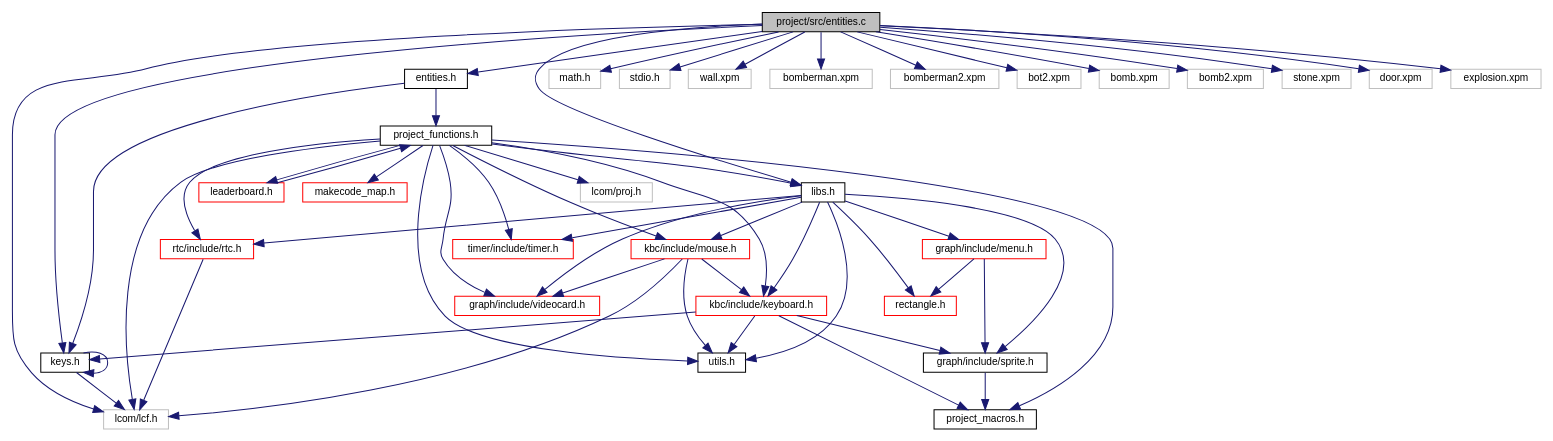
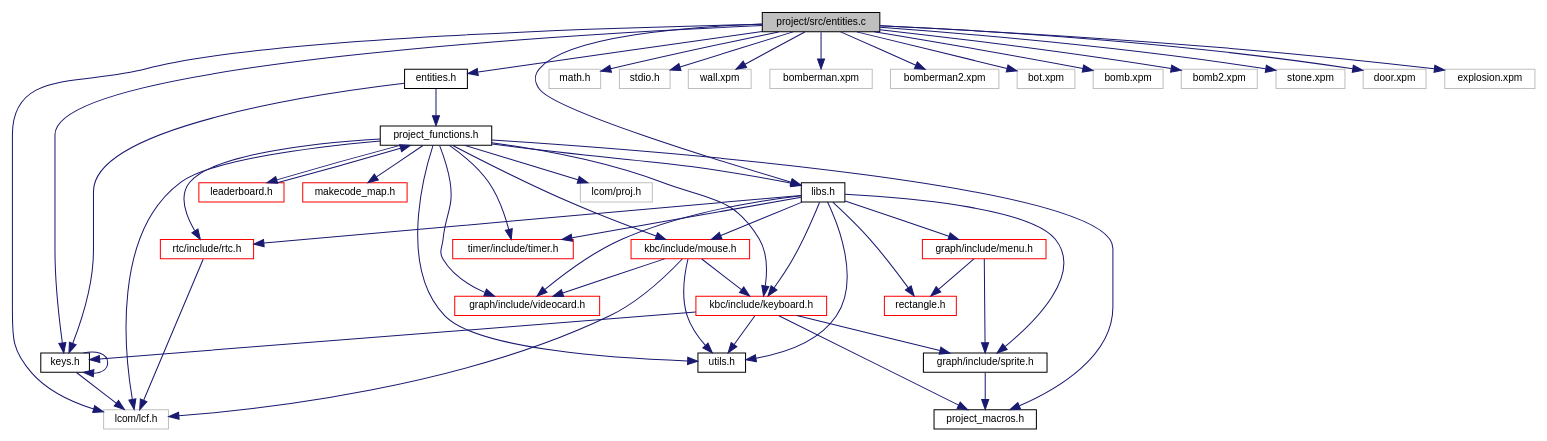
The diagram in proj/doc/DoxygenDocs/entities_8c__incl.dot (alexandreggc/LCOM_2122), drawn with Graphviz before and after one commit. The commit also changed 50 other files, not shown here.

```diff
--- a/proj/doc/DoxygenDocs/entities_8c__incl.dot
+++ b/proj/doc/DoxygenDocs/entities_8c__incl.dot
@@ -1,89 +1,89 @@
 digraph "project/src/entities.c"
 {
  // LATEX_PDF_SIZE
   edge [fontname="Helvetica",fontsize="10",labelfontname="Helvetica",labelfontsize="10"];
   node [fontname="Helvetica",fontsize="10",shape=record];
   Node1 [label="project/src/entities.c",height=0.2,width=0.4,color="black", fillcolor="grey75", style="filled", fontcolor="black",tooltip=" "];
   Node1 -> Node2 [color="midnightblue",fontsize="10",style="solid",fontname="Helvetica"];
   Node2 [label="lcom/lcf.h",height=0.2,width=0.4,color="grey75", fillcolor="white", style="filled",tooltip=" "];
   Node1 -> Node3 [color="midnightblue",fontsize="10",style="solid",fontname="Helvetica"];
   Node3 [label="entities.h",height=0.2,width=0.4,color="black", fillcolor="white", style="filled",URL="$entities_8h.html",tooltip=" "];
   Node3 -> Node4 [color="midnightblue",fontsize="10",style="solid",fontname="Helvetica"];
   Node4 [label="project_functions.h",height=0.2,width=0.4,color="black", fillcolor="white", style="filled",URL="$project__functions_8h.html",tooltip=" "];
   Node4 -> Node2 [color="midnightblue",fontsize="10",style="solid",fontname="Helvetica"];
   Node4 -> Node5 [color="midnightblue",fontsize="10",style="solid",fontname="Helvetica"];
   Node5 [label="lcom/proj.h",height=0.2,width=0.4,color="grey75", fillcolor="white", style="filled",tooltip=" "];
   Node4 -> Node6 [color="midnightblue",fontsize="10",style="solid",fontname="Helvetica"];
   Node6 [label="libs.h",height=0.2,width=0.4,color="black", fillcolor="white", style="filled",URL="$libs_8h.html",tooltip=" "];
   Node6 -> Node7 [color="midnightblue",fontsize="10",style="solid",fontname="Helvetica"];
   Node7 [label="graph/include/videocard.h",height=0.2,width=0.4,color="red", fillcolor="white", style="filled",URL="$videocard_8h.html",tooltip=" "];
   Node6 -> Node9 [color="midnightblue",fontsize="10",style="solid",fontname="Helvetica"];
   Node9 [label="graph/include/sprite.h",height=0.2,width=0.4,color="black", fillcolor="white", style="filled",URL="$sprite_8h.html",tooltip=" "];
   Node9 -> Node10 [color="midnightblue",fontsize="10",style="solid",fontname="Helvetica"];
   Node10 [label="project_macros.h",height=0.2,width=0.4,color="black", fillcolor="white", style="filled",URL="$project__macros_8h.html",tooltip=" "];
   Node6 -> Node11 [color="midnightblue",fontsize="10",style="solid",fontname="Helvetica"];
   Node11 [label="graph/include/menu.h",height=0.2,width=0.4,color="red", fillcolor="white", style="filled",URL="$menu_8h.html",tooltip=" "];
   Node11 -> Node12 [color="midnightblue",fontsize="10",style="solid",fontname="Helvetica"];
   Node12 [label="rectangle.h",height=0.2,width=0.4,color="red", fillcolor="white", style="filled",URL="$rectangle_8h.html",tooltip=" "];
   Node11 -> Node9 [color="midnightblue",fontsize="10",style="solid",fontname="Helvetica"];
   Node6 -> Node12 [color="midnightblue",fontsize="10",style="solid",fontname="Helvetica"];
   Node6 -> Node56 [color="midnightblue",fontsize="10",style="solid",fontname="Helvetica"];
   Node56 [label="kbc/include/keyboard.h",height=0.2,width=0.4,color="red", fillcolor="white", style="filled",URL="$keyboard_8h.html",tooltip=" "];
   Node56 -> Node58 [color="midnightblue",fontsize="10",style="solid",fontname="Helvetica"];
   Node58 [label="utils.h",height=0.2,width=0.4,color="black", fillcolor="white", style="filled",URL="$utils_8h.html",tooltip=" "];
   Node56 -> Node9 [color="midnightblue",fontsize="10",style="solid",fontname="Helvetica"];
   Node56 -> Node10 [color="midnightblue",fontsize="10",style="solid",fontname="Helvetica"];
   Node56 -> Node59 [color="midnightblue",fontsize="10",style="solid",fontname="Helvetica"];
   Node59 [label="keys.h",height=0.2,width=0.4,color="black", fillcolor="white", style="filled",URL="$keys_8h.html",tooltip=" "];
   Node59 -> Node2 [color="midnightblue",fontsize="10",style="solid",fontname="Helvetica"];
   Node59 -> Node59 [color="midnightblue",fontsize="10",style="solid",fontname="Helvetica"];
   Node6 -> Node60 [color="midnightblue",fontsize="10",style="solid",fontname="Helvetica"];
   Node60 [label="kbc/include/mouse.h",height=0.2,width=0.4,color="red", fillcolor="white", style="filled",URL="$mouse_8h.html",tooltip=" "];
   Node60 -> Node2 [color="midnightblue",fontsize="10",style="solid",fontname="Helvetica"];
   Node60 -> Node56 [color="midnightblue",fontsize="10",style="solid",fontname="Helvetica"];
   Node60 -> Node58 [color="midnightblue",fontsize="10",style="solid",fontname="Helvetica"];
   Node60 -> Node7 [color="midnightblue",fontsize="10",style="solid",fontname="Helvetica"];
   Node6 -> Node62 [color="midnightblue",fontsize="10",style="solid",fontname="Helvetica"];
   Node62 [label="timer/include/timer.h",height=0.2,width=0.4,color="red", fillcolor="white", style="filled",URL="$timer_8h.html",tooltip=" "];
   Node6 -> Node58 [color="midnightblue",fontsize="10",style="solid",fontname="Helvetica"];
   Node6 -> Node63 [color="midnightblue",fontsize="10",style="solid",fontname="Helvetica"];
   Node63 [label="rtc/include/rtc.h",height=0.2,width=0.4,color="red", fillcolor="white", style="filled",URL="$rtc_8h.html",tooltip=" "];
   Node63 -> Node2 [color="midnightblue",fontsize="10",style="solid",fontname="Helvetica"];
   Node4 -> Node7 [color="midnightblue",fontsize="10",style="solid",fontname="Helvetica"];
   Node4 -> Node56 [color="midnightblue",fontsize="10",style="solid",fontname="Helvetica"];
   Node4 -> Node60 [color="midnightblue",fontsize="10",style="solid",fontname="Helvetica"];
   Node4 -> Node62 [color="midnightblue",fontsize="10",style="solid",fontname="Helvetica"];
   Node4 -> Node66 [color="midnightblue",fontsize="10",style="solid",fontname="Helvetica"];
   Node66 [label="leaderboard.h",height=0.2,width=0.4,color="red", fillcolor="white", style="filled",URL="$leaderboard_8h.html",tooltip=" "];
   Node66 -> Node4 [color="midnightblue",fontsize="10",style="solid",fontname="Helvetica"];
   Node4 -> Node67 [color="midnightblue",fontsize="10",style="solid",fontname="Helvetica"];
   Node67 [label="makecode_map.h",height=0.2,width=0.4,color="red", fillcolor="white", style="filled",URL="$makecode__map_8h.html",tooltip=" "];
   Node4 -> Node63 [color="midnightblue",fontsize="10",style="solid",fontname="Helvetica"];
   Node4 -> Node58 [color="midnightblue",fontsize="10",style="solid",fontname="Helvetica"];
   Node4 -> Node10 [color="midnightblue",fontsize="10",style="solid",fontname="Helvetica"];
   Node3 -> Node59 [color="midnightblue",fontsize="10",style="solid",fontname="Helvetica"];
   Node1 -> Node68 [color="midnightblue",fontsize="10",style="solid",fontname="Helvetica"];
   Node68 [label="math.h",height=0.2,width=0.4,color="grey75", fillcolor="white", style="filled",tooltip=" "];
   Node1 -> Node69 [color="midnightblue",fontsize="10",style="solid",fontname="Helvetica"];
   Node69 [label="stdio.h",height=0.2,width=0.4,color="grey75", fillcolor="white", style="filled",tooltip=" "];
   Node1 -> Node6 [color="midnightblue",fontsize="10",style="solid",fontname="Helvetica"];
   Node1 -> Node70 [color="midnightblue",fontsize="10",style="solid",fontname="Helvetica"];
   Node70 [label="wall.xpm",height=0.2,width=0.4,color="grey75", fillcolor="white", style="filled",tooltip=" "];
   Node1 -> Node71 [color="midnightblue",fontsize="10",style="solid",fontname="Helvetica"];
   Node71 [label="bomberman.xpm",height=0.2,width=0.4,color="grey75", fillcolor="white", style="filled",tooltip=" "];
   Node1 -> Node72 [color="midnightblue",fontsize="10",style="solid",fontname="Helvetica"];
   Node72 [label="bomberman2.xpm",height=0.2,width=0.4,color="grey75", fillcolor="white", style="filled",tooltip=" "];
   Node1 -> Node73 [color="midnightblue",fontsize="10",style="solid",fontname="Helvetica"];
-  Node73 [label="bot2.xpm",height=0.2,width=0.4,color="grey75", fillcolor="white", style="filled",tooltip=" "];
+  Node73 [label="bot.xpm",height=0.2,width=0.4,color="grey75", fillcolor="white", style="filled",tooltip=" "];
   Node1 -> Node74 [color="midnightblue",fontsize="10",style="solid",fontname="Helvetica"];
   Node74 [label="bomb.xpm",height=0.2,width=0.4,color="grey75", fillcolor="white", style="filled",tooltip=" "];
   Node1 -> Node75 [color="midnightblue",fontsize="10",style="solid",fontname="Helvetica"];
   Node75 [label="bomb2.xpm",height=0.2,width=0.4,color="grey75", fillcolor="white", style="filled",tooltip=" "];
   Node1 -> Node76 [color="midnightblue",fontsize="10",style="solid",fontname="Helvetica"];
   Node76 [label="stone.xpm",height=0.2,width=0.4,color="grey75", fillcolor="white", style="filled",tooltip=" "];
   Node1 -> Node77 [color="midnightblue",fontsize="10",style="solid",fontname="Helvetica"];
   Node77 [label="door.xpm",height=0.2,width=0.4,color="grey75", fillcolor="white", style="filled",tooltip=" "];
   Node1 -> Node78 [color="midnightblue",fontsize="10",style="solid",fontname="Helvetica"];
   Node78 [label="explosion.xpm",height=0.2,width=0.4,color="grey75", fillcolor="white", style="filled",tooltip=" "];
   Node1 -> Node59 [color="midnightblue",fontsize="10",style="solid",fontname="Helvetica"];
 }
```
